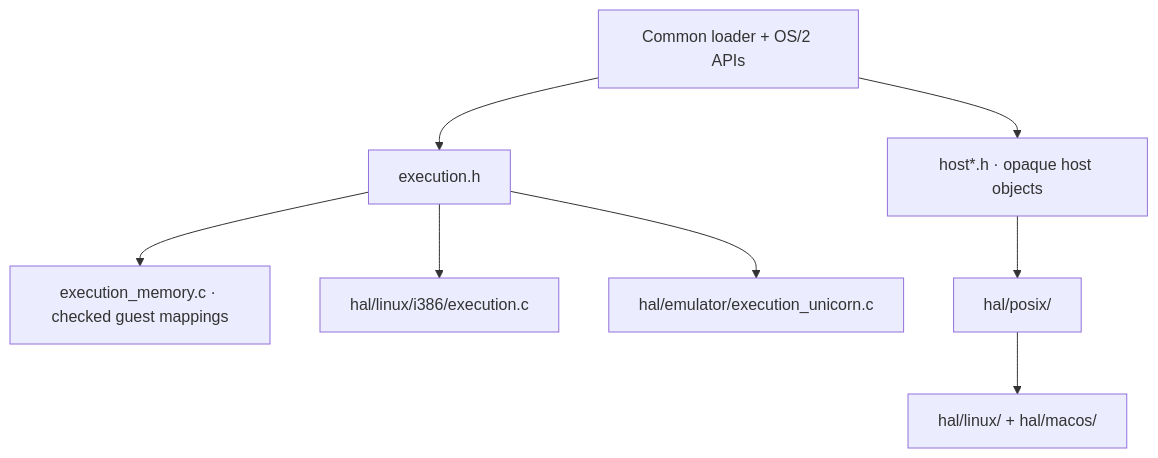
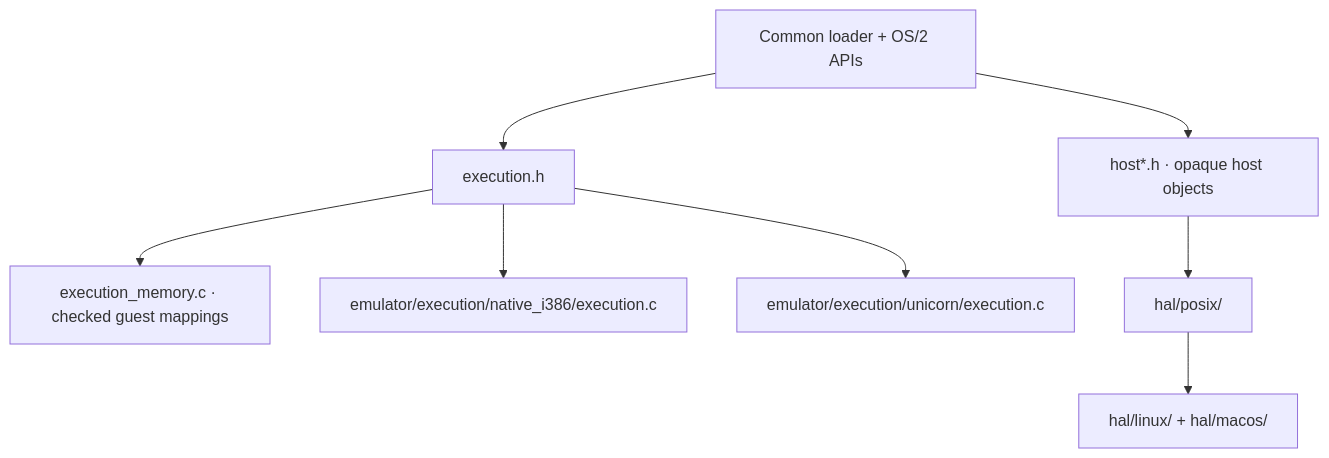
One commit to bitwisecook/2ine changed the diagram in docs/runtime.md. Above: the diagram before and after it, drawn with Mermaid. The commit also changed 23 other files, not shown here.

First line of the commit message:
Move the execution backends to emulator/execution

````diff
--- a/docs/runtime.md
+++ b/docs/runtime.md
@@ -9,9 +9,9 @@
 ```mermaid
 flowchart TD
     Loader["Common loader + OS/2 APIs"] --> Exec["execution.h"]
     Exec --> Memory["execution_memory.c · checked guest mappings"]
-    Exec --> Native["hal/linux/i386/execution.c"]
-    Exec --> Emu["hal/emulator/execution_unicorn.c"]
+    Exec --> Native["emulator/execution/native_i386/execution.c"]
+    Exec --> Emu["emulator/execution/unicorn/execution.c"]
     Loader --> Host["host*.h · opaque host objects"]
     Host --> HAL["hal/posix/"] --> Platforms["hal/linux/ + hal/macos/"]
 ```
````
